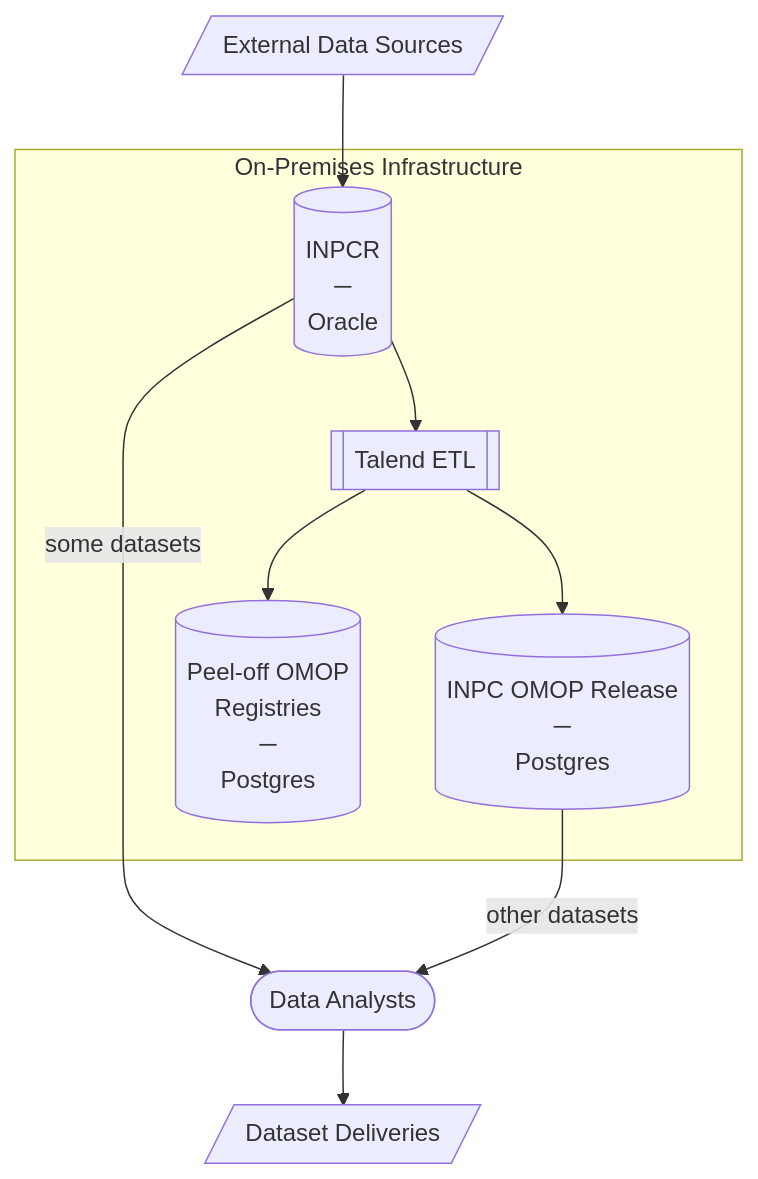
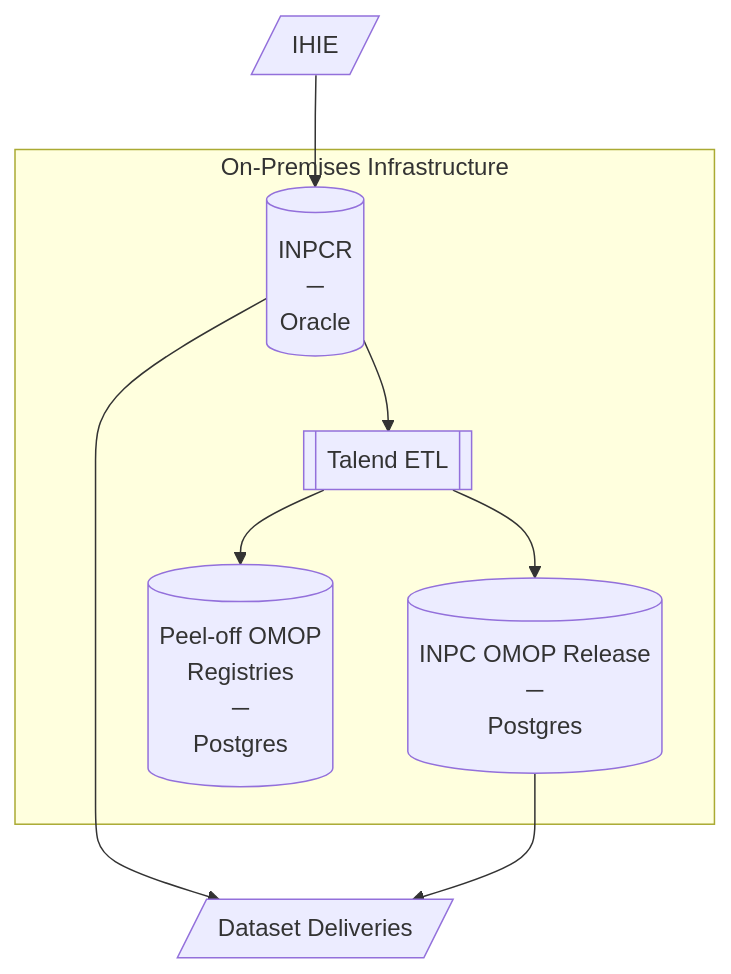
Before and after one commit to am202/documentation: the first of 2 diagrams in README.md, drawn with Mermaid. The commit also changed other lines of this file, not shown here.

````diff
--- a/README.md
+++ b/README.md
@@ -3,22 +3,20 @@
 ```mermaid
   flowchart TD
-      ExtData[/"External Data Sources"/]
+      ExtData[/"IHIE"/]
 
       subgraph onprem["On-Premises Infrastructure"]
           INPCR[("INPCR\n─\nOracle")]
           Talend[["Talend ETL"]]
           OMOP[("INPC OMOP Release\n─\nPostgres")]
           Registries[("Peel-off OMOP\nRegistries\n─\nPostgres")]
       end
 
-      Analysts(["Data Analysts"])
       Deliveries[/"Dataset Deliveries"/]
 
       ExtData --> INPCR
       INPCR --> Talend
-      INPCR -->|"some datasets"| Analysts
+      INPCR --> Deliveries
       Talend --> OMOP
       Talend --> Registries
-      OMOP -->|"other datasets"| Analysts
-      Analysts --> Deliveries
+      OMOP --> Deliveries
 ```
````
